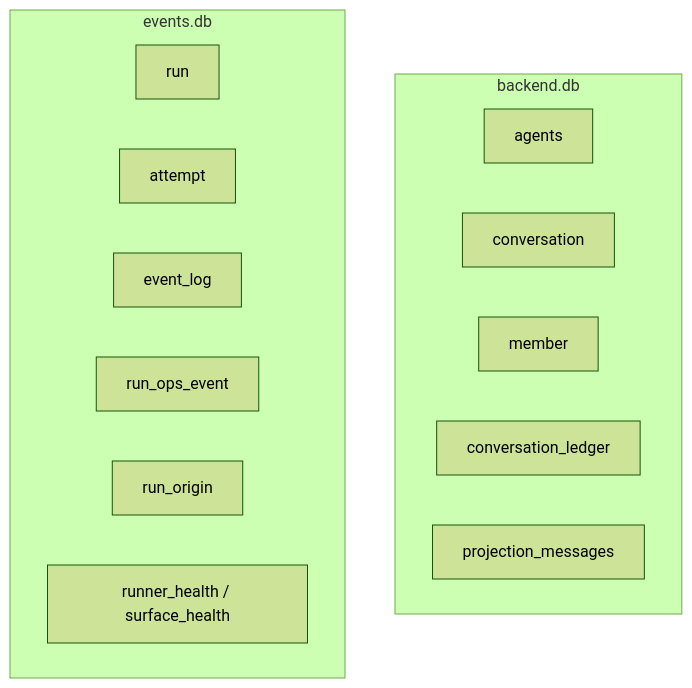
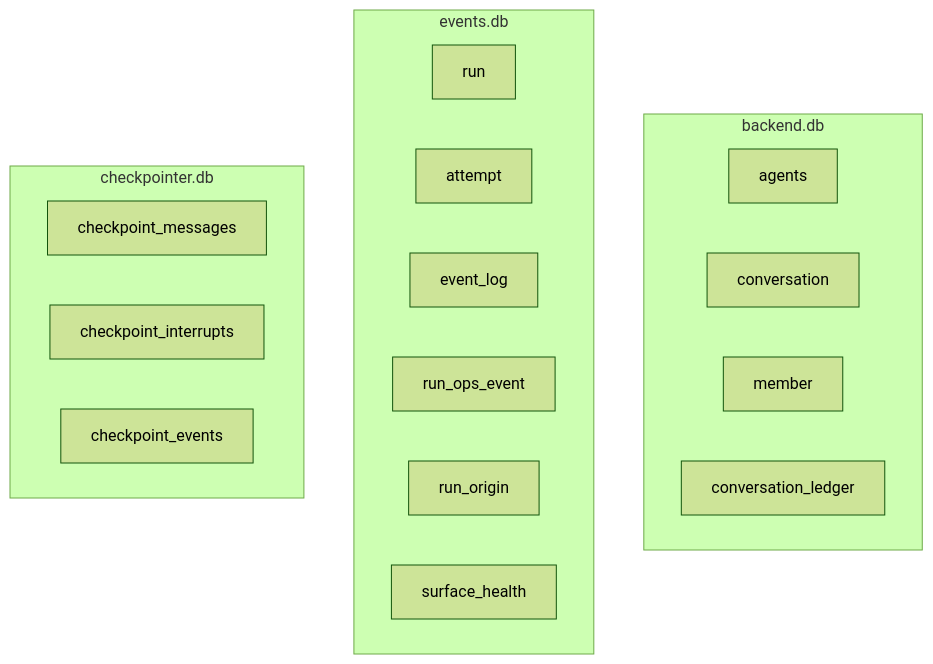
Before and after one commit to Chengchcc/my-agent-team: the diagram in docs/architecture/backend/overview.md, drawn with Mermaid (forest theme). The commit also changed other lines of this file and 41 other files, not shown here.

````diff
--- a/docs/architecture/backend/overview.md
+++ b/docs/architecture/backend/overview.md
@@ -35,18 +33,22 @@
 ```mermaid
 flowchart TB
   subgraph backend.db
     A[agents]
     C[conversation]
     M[member]
     L[conversation_ledger]
-    TP[projection_messages]
   end
   subgraph events.db
     R[run]
     AT[attempt]
     EL[event_log]
     OPS[run_ops_event]
     RO[run_origin]
-    RH[runner_health / surface_health]
+    SH[surface_health]
+  end
+  subgraph checkpointer.db
+    CK[checkpoint_messages]
+    CI[checkpoint_interrupts]
+    CE[checkpoint_events]
   end
 ```
````
